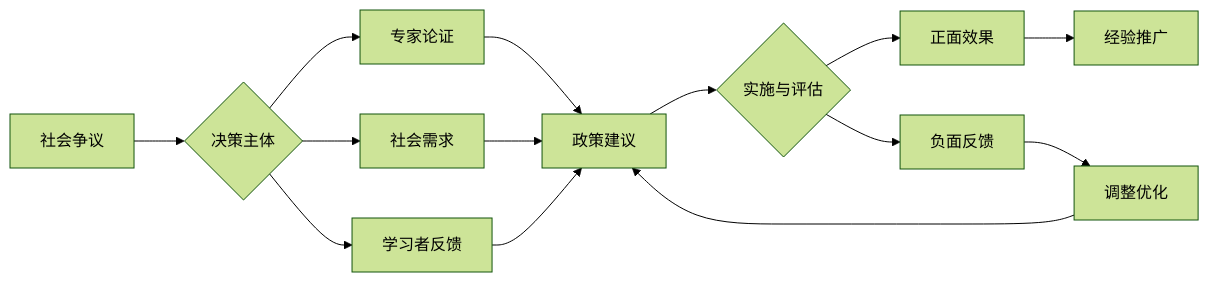
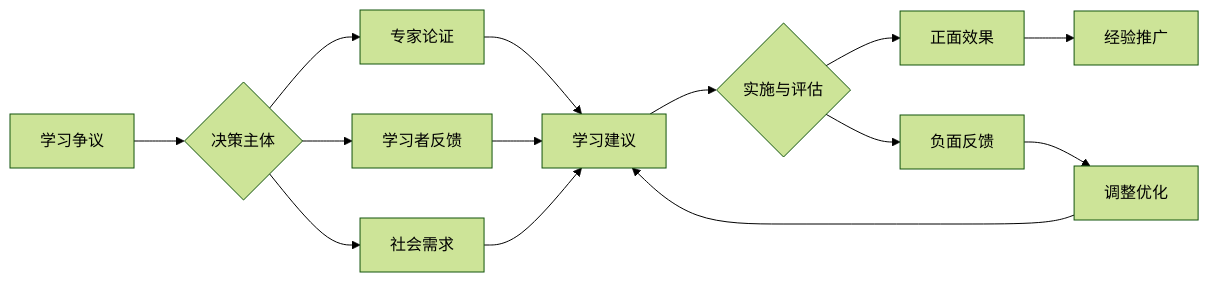
Before and after one commit to AdaMartin18010/SeniorEnducation: the fourth of 4 diagrams in 04-评估与发展/03-终身学习能力.md, drawn with Mermaid (forest theme). The commit also changed other lines of this file and 18 other files, not shown here.

````diff
--- a/04-评估与发展/03-终身学习能力.md
+++ b/04-评估与发展/03-终身学习能力.md
@@ -218,16 +218,16 @@
 ```mermaid
 graph LR
-    A[社会争议] --> B{决策主体}
+    A[学习争议] --> B{决策主体}
     B --> C[专家论证]
-    B --> D[社会需求]
-    B --> E[学习者反馈]
-    C --> F[政策建议]
+    B --> D[学习者反馈]
+    B --> E[社会需求]
+    C --> F[学习建议]
     D --> F
     E --> F
     F --> G{实施与评估}
     G --> H[正面效果]
     G --> I[负面反馈]
     I --> J[调整优化]
     H --> K[经验推广]
     J --> F
 ```
````
